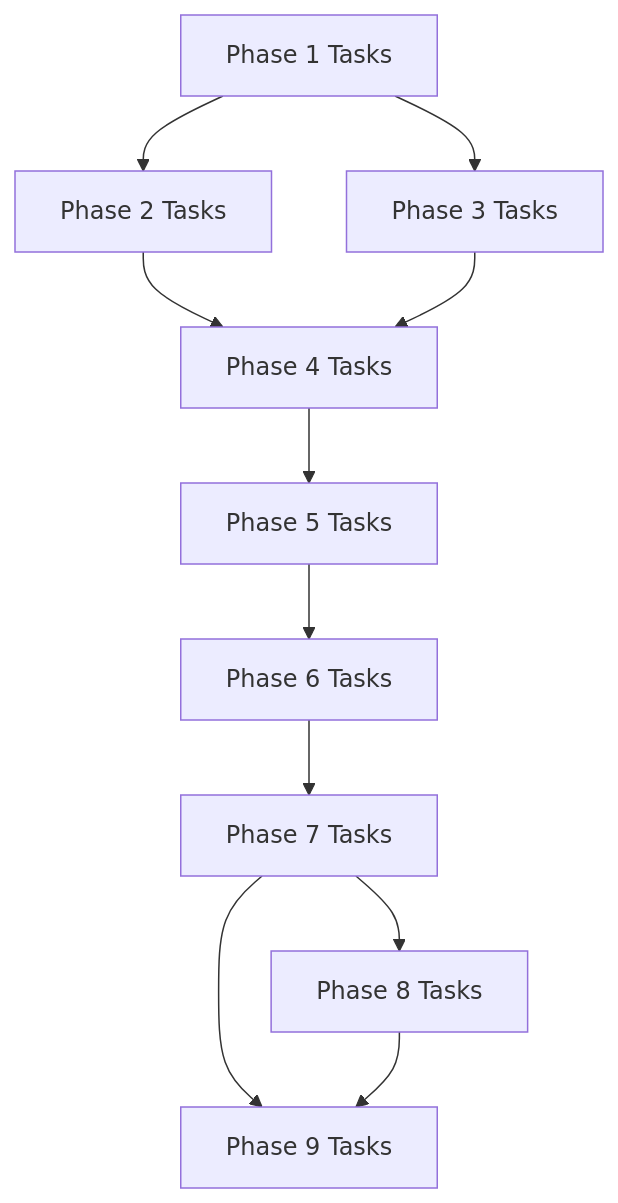
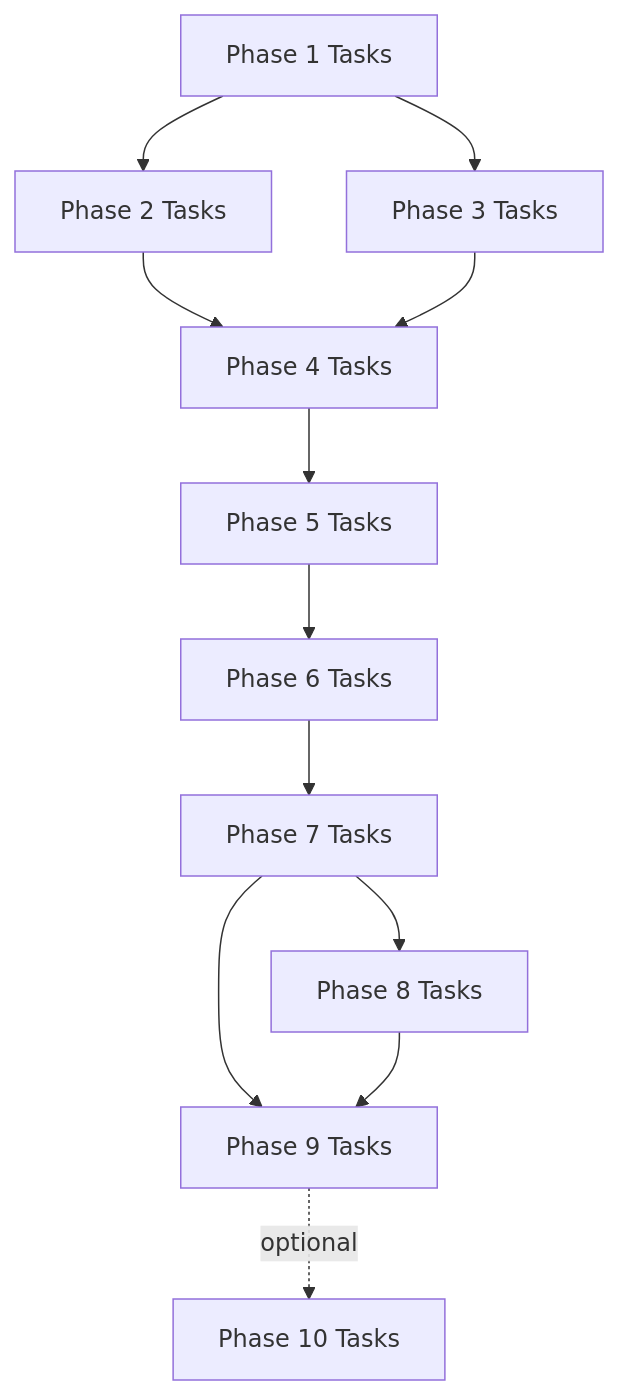
One commit to mikecubed/m3OS changed the diagram in docs/roadmap/tasks/README.md. Above: the diagram before and after it, drawn with Mermaid. The commit also changed other lines of this file and 13 other files, not shown here.

````diff
--- a/docs/roadmap/tasks/README.md
+++ b/docs/roadmap/tasks/README.md
@@ -25,23 +25,24 @@
 ```mermaid
 flowchart TD
     P1["Phase 1 Tasks"]
     P2["Phase 2 Tasks"]
     P3["Phase 3 Tasks"]
     P4["Phase 4 Tasks"]
     P5["Phase 5 Tasks"]
     P6["Phase 6 Tasks"]
     P7["Phase 7 Tasks"]
     P8["Phase 8 Tasks"]
     P9["Phase 9 Tasks"]
 
     P1 --> P2
     P1 --> P3
     P2 --> P4
     P3 --> P4
     P4 --> P5
     P5 --> P6
     P6 --> P7
     P7 --> P8
     P7 --> P9
     P8 --> P9
+    P9 -.->|optional| P10["Phase 10 Tasks"]
 ```
````
